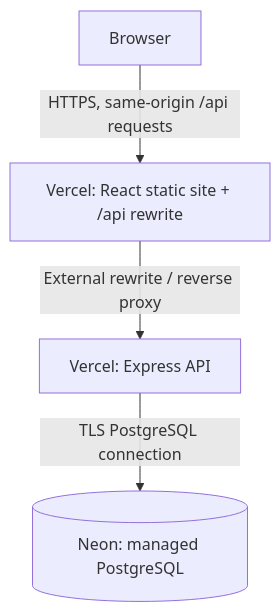
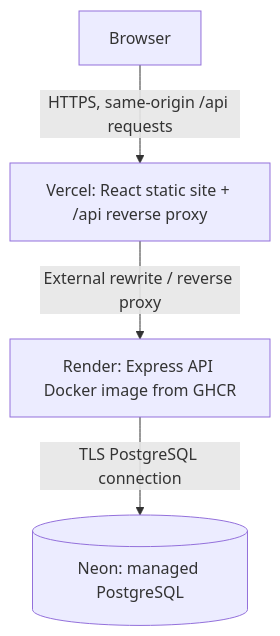
One commit to RafiKK98/campushub changed the second of 2 diagrams in CAMPUSHUB_PROJECT_PLAN.md. Above: the diagram before and after it, drawn with Mermaid. The commit also changed other lines of this file and 6 other files, not shown here.

Commit message:
updated the backend hosting from render to vercel again

````diff
--- a/CAMPUSHUB_PROJECT_PLAN.md
+++ b/CAMPUSHUB_PROJECT_PLAN.md
@@ -166,11 +167,11 @@
 ```mermaid
 flowchart TD
     Browser[Browser]
-    VercelWeb[Vercel: React static site + /api rewrite]
-    VercelApi[Vercel: Express API]
+    Vercel[Vercel: React static site + /api reverse proxy]
+    Render[Render: Express API Docker image from GHCR]
     Neon[(Neon: managed PostgreSQL)]
 
-    Browser -->|HTTPS, same-origin /api requests| VercelWeb
-    VercelWeb -->|External rewrite / reverse proxy| VercelApi
-    VercelApi -->|TLS PostgreSQL connection| Neon
+    Browser -->|HTTPS, same-origin /api requests| Vercel
+    Vercel -->|External rewrite / reverse proxy| Render
+    Render -->|TLS PostgreSQL connection| Neon
 ```
````
